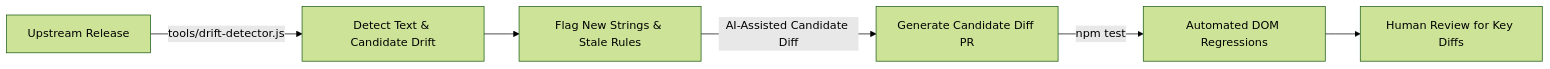
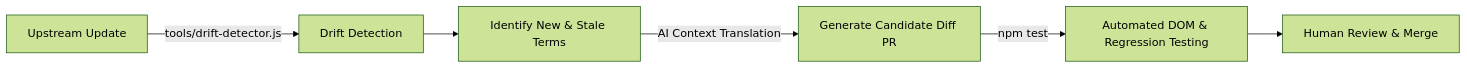
Before and after one commit to yiheng8023/antigravity-chinese: the diagram in README.en.md, drawn with Mermaid (forest theme). The commit also changed other lines of this file and 5 other files, not shown here.

````diff
--- a/README.en.md
+++ b/README.en.md
@@ -116,8 +114,8 @@
 ```mermaid
 flowchart LR
-    A[Upstream Release] -->|tools/drift-detector.js| B[Detect Text & Candidate Drift]
-    B --> C[Flag New Strings & Stale Rules]
-    C -->|AI-Assisted Candidate Diff| D[Generate Candidate Diff PR]
-    D -->|npm test| E[Automated DOM Regressions]
-    E --> F[Human Review for Key Diffs]
+    A[Upstream Update] -->|tools/drift-detector.js| B[Drift Detection]
+    B --> C[Identify New & Stale Terms]
+    C -->|AI Context Translation| D[Generate Candidate Diff PR]
+    D -->|npm test| E[Automated DOM & Regression Testing]
+    E --> F[Human Review & Merge]
 ```
````
